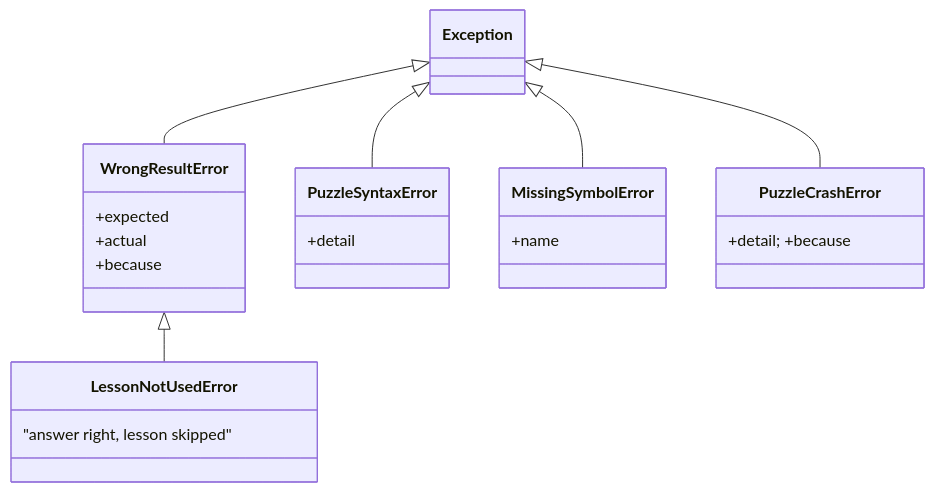
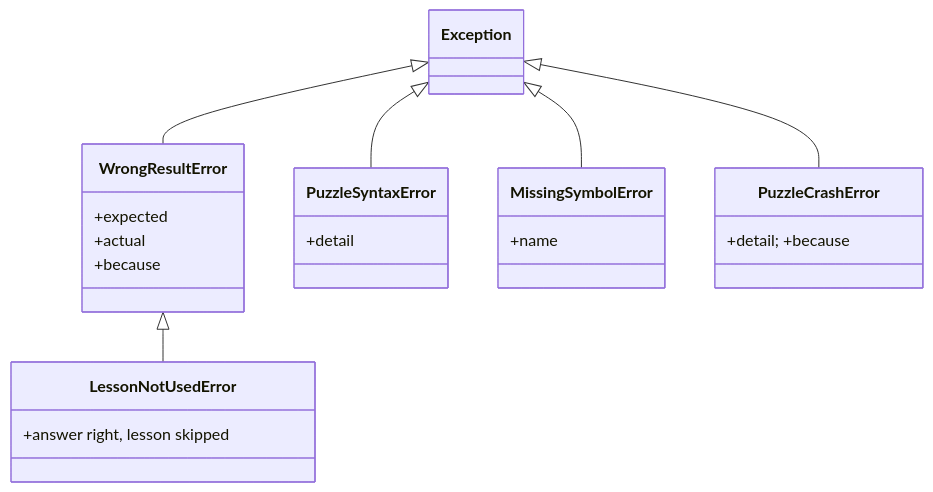
Before and after one commit to N041M/PyQuest: the fourth of 7 diagrams in docs/architecture/toolkit.md, drawn with Mermaid. The commit also changed other lines of this file and 5 other files, not shown here.

First line of the commit message:
Polish architecture diagrams; add puzzle-consumption view

````diff
--- a/docs/architecture/toolkit.md
+++ b/docs/architecture/toolkit.md
@@ -129,20 +118,20 @@
 ```mermaid
 classDiagram
     class Exception
     class WrongResultError {
         +expected
         +actual
         +because
     }
     class LessonNotUsedError {
-        "answer right, lesson skipped"
+        +answer right, lesson skipped
     }
     class PuzzleSyntaxError { +detail }
     class MissingSymbolError { +name }
     class PuzzleCrashError { +detail; +because }
     Exception <|-- WrongResultError
     WrongResultError <|-- LessonNotUsedError
     Exception <|-- PuzzleSyntaxError
     Exception <|-- MissingSymbolError
     Exception <|-- PuzzleCrashError
 ```
````
